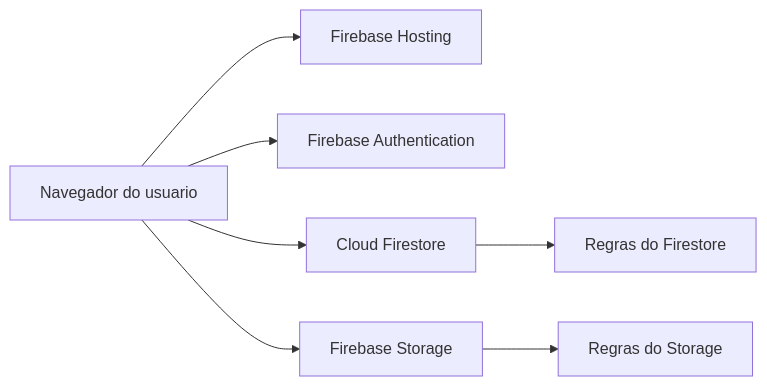
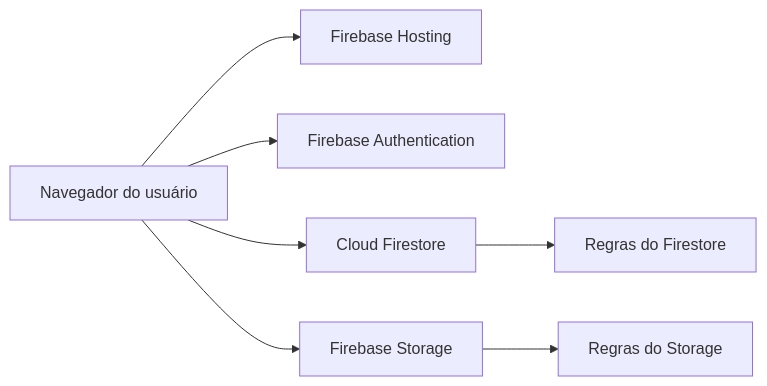
Before and after one commit to Reminsonrps/PetConecta: diagram 13 of 16 in docs/modelagem-site.md, drawn with Mermaid. The commit also changed other lines of this file and 3 other files, not shown here.

````diff
--- a/docs/modelagem-site.md
+++ b/docs/modelagem-site.md
@@ -544,9 +544,9 @@
 ```mermaid
 flowchart LR
-    U[Navegador do usuario] --> H[Firebase Hosting]
+    U[Navegador do usuário] --> H[Firebase Hosting]
     U --> A[Firebase Authentication]
     U --> F[Cloud Firestore]
     U --> S[Firebase Storage]
     F --> R[Regras do Firestore]
     S --> SR[Regras do Storage]
 ```
````
